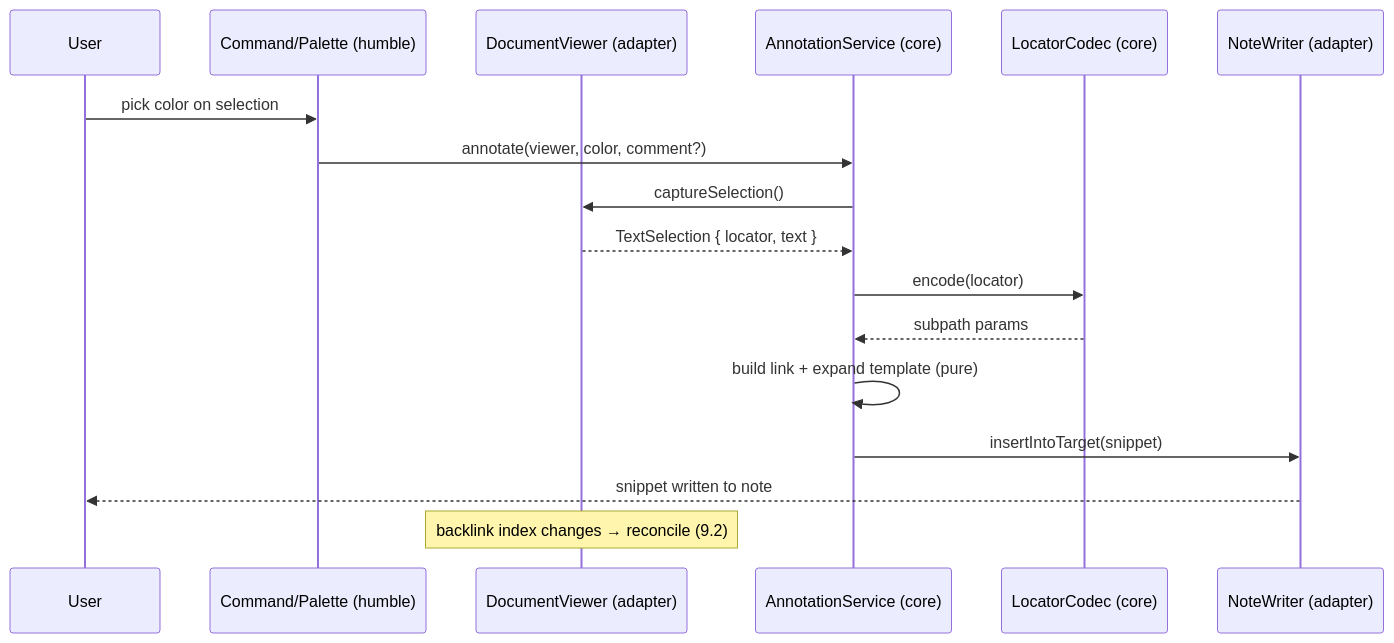
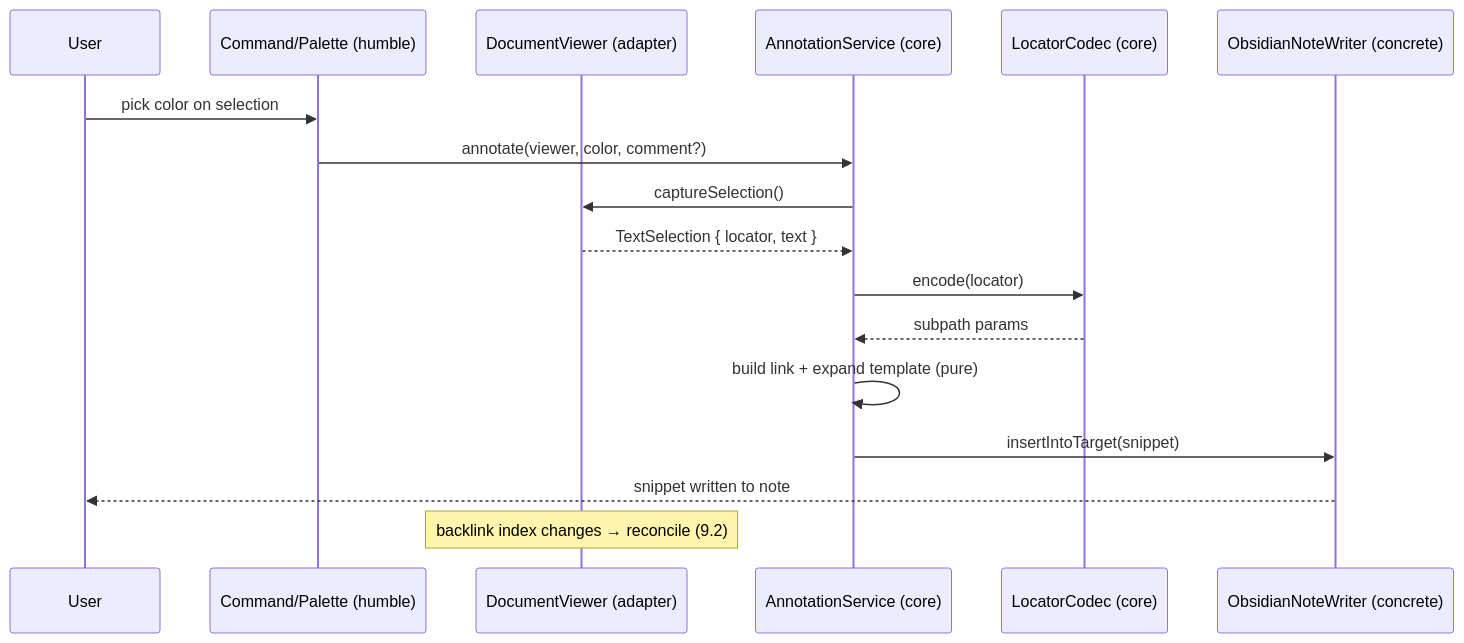
The second of 3 diagrams in docs/design.md (tkuramot/obsidian-maki), drawn with Mermaid before and after one commit. The commit also changed other lines of this file and 1 other file, not shown here.

First line of the commit message:
Clarify ports vs injected concretes in architecture docs

````diff
--- a/docs/design.md
+++ b/docs/design.md
@@ -437,20 +482,20 @@
 ```mermaid
 sequenceDiagram
   participant U as User
   participant CMD as Command/Palette (humble)
   participant V as DocumentViewer (adapter)
   participant AS as AnnotationService (core)
   participant C as LocatorCodec (core)
-  participant NW as NoteWriter (adapter)
+  participant NW as ObsidianNoteWriter (concrete)
 
   U->>CMD: pick color on selection
   CMD->>AS: annotate(viewer, color, comment?)
   AS->>V: captureSelection()
   V-->>AS: TextSelection { locator, text }
   AS->>C: encode(locator)
   C-->>AS: subpath params
   AS->>AS: build link + expand template (pure)
   AS->>NW: insertIntoTarget(snippet)
   NW-->>U: snippet written to note
   Note over V: backlink index changes → reconcile (9.2)
 ```
````
